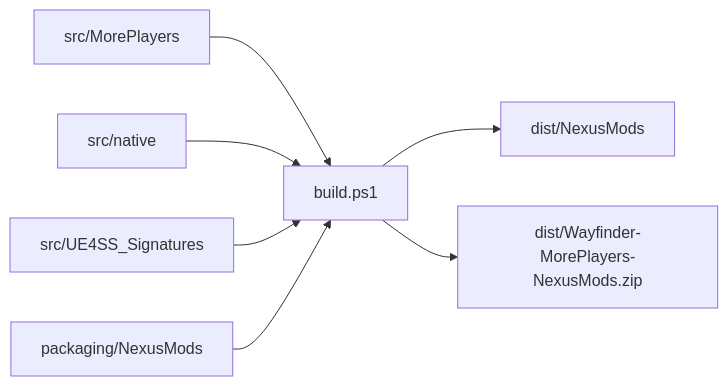
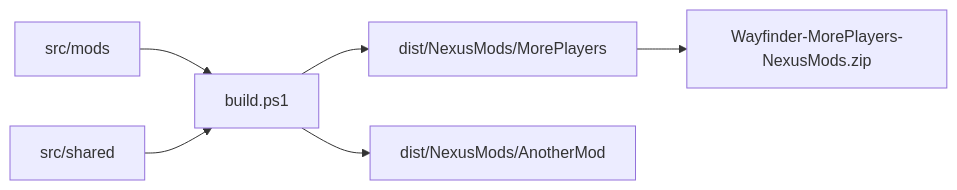
Before and after one commit to TheAngryByrd/Wayfinder-Mods: the diagram in lode/distribution/summary.md, drawn with Mermaid. The commit also changed other lines of this file and 35 other files, not shown here.

First line of the commit message:
Expand MorePlayers and add multi-mod build tooling

````diff
--- a/lode/distribution/summary.md
+++ b/lode/distribution/summary.md
@@ -6,9 +6,8 @@
 ```mermaid
 flowchart LR
-    Lua[src/MorePlayers] --> Build[build.ps1]
-    Native[src/native] --> Build
-    Signature[src/UE4SS_Signatures] --> Build
-    Template[packaging/NexusMods] --> Build
-    Build --> Folder[dist/NexusMods]
-    Build --> Zip[dist/Wayfinder-MorePlayers-NexusMods.zip]
+    Mods[src/mods] --> Build[build.ps1]
+    Shared[src/shared] --> Build
+    Build --> MorePlayers[dist/NexusMods/MorePlayers]
+    Build --> Additional[dist/NexusMods/AnotherMod]
+    MorePlayers --> Zip[Wayfinder-MorePlayers-NexusMods.zip]
 ```
````
